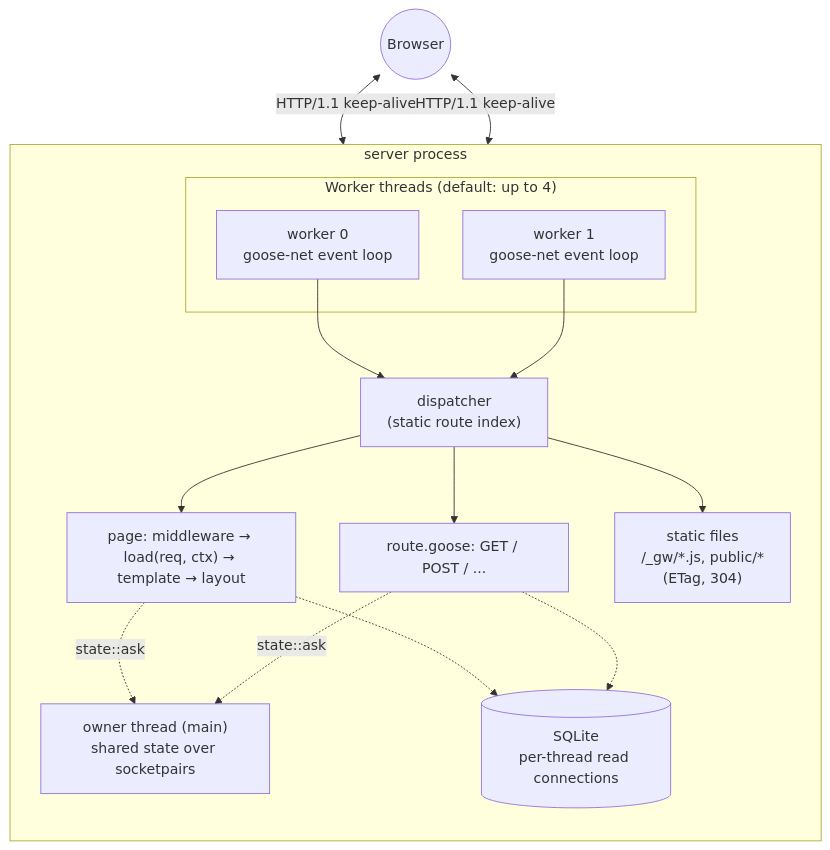
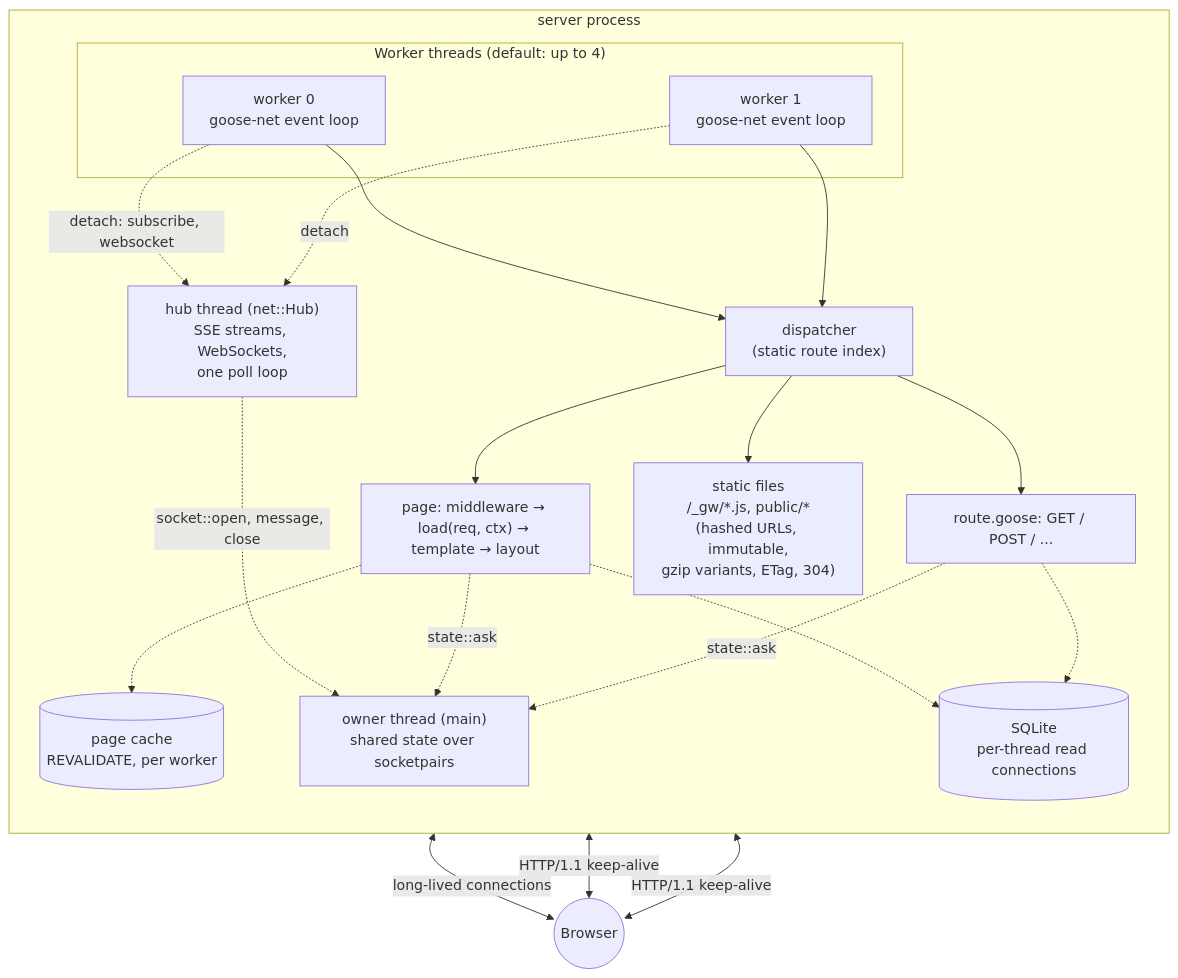
One commit to josephheinz/goose-web changed the second of 5 diagrams in docs/ARCHITECTURE.md. Above: the diagram before and after it, drawn with Mermaid. The commit also changed other lines of this file and 3 other files, not shown here.

Commit message:
docs: delivery and transport (assets, images, SEO, cache, export, streaming, WebSockets, proxy)

````diff
--- a/docs/ARCHITECTURE.md
+++ b/docs/ARCHITECTURE.md
@@ -75,29 +81,36 @@
 ```mermaid
 flowchart TB
     client(("Browser"))
     subgraph Server["server process"]
         direction TB
         subgraph W["Worker threads (default: up to 4)"]
             w1["worker 0<br/>goose-net event loop"]
             w2["worker 1<br/>goose-net event loop"]
         end
         disp["dispatcher<br/>(static route index)"]
         page["page: middleware → load(req, ctx) → template → layout"]
         route["route.goose: GET / POST / ..."]
-        stat["static files<br/>/_gw/*.js, public/*<br/>(ETag, 304)"]
+        stat["static files<br/>/_gw/*.js, public/*<br/>(hashed URLs, immutable,<br/>gzip variants, ETag, 304)"]
+        cache[("page cache<br/>REVALIDATE, per worker")]
+        hub["hub thread (net::Hub)<br/>SSE streams, WebSockets,<br/>one poll loop"]
         owner["owner thread (main)<br/>shared state over socketpairs"]
         db[("SQLite<br/>per-thread read connections")]
     end
 
     client <-->|HTTP/1.1 keep-alive| w1
     client <-->|HTTP/1.1 keep-alive| w2
     w1 --> disp
     w2 --> disp
     disp --> page
     disp --> route
     disp --> stat
+    page -.-> cache
+    w1 -.->|"detach: subscribe, websocket"| hub
+    w2 -.->|detach| hub
+    hub <-->|long-lived connections| client
+    hub -.->|"socket::open, message, close"| owner
     page -.->|state::ask| owner
     route -.->|state::ask| owner
     page -.-> db
     route -.-> db
 ```
````
